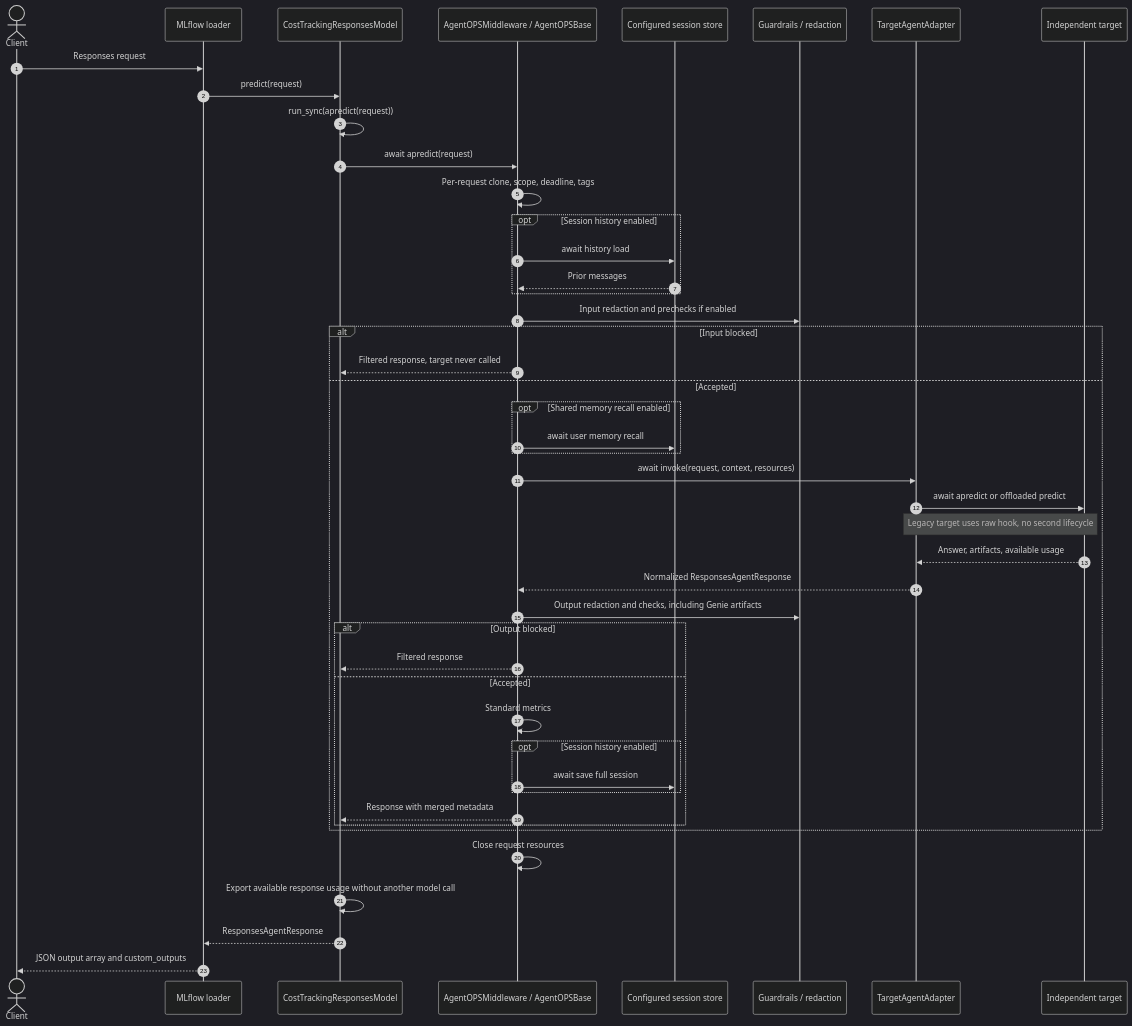
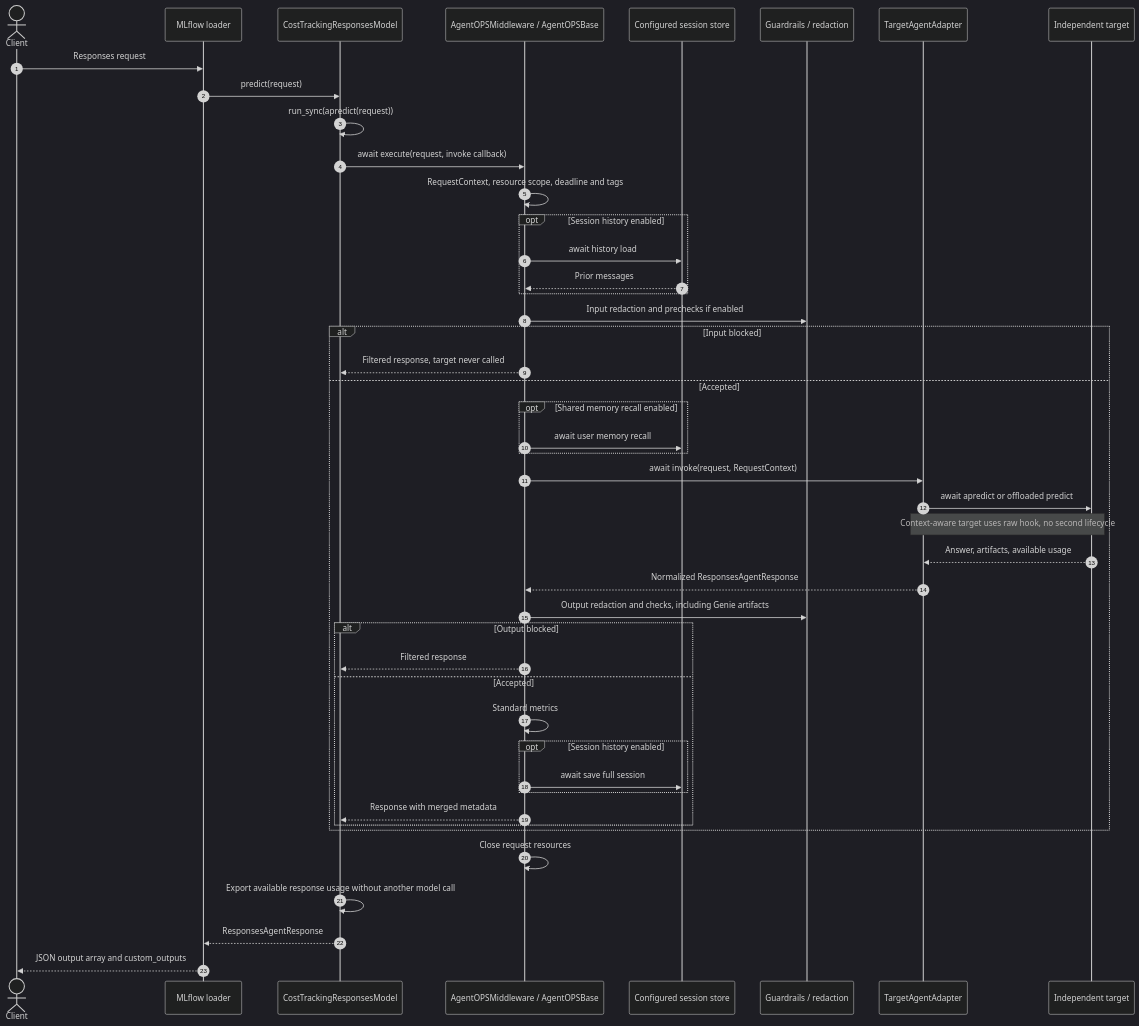
One commit to Narendra9999/Agentops-service changed the diagram in docs/development/diagrams/agentops-request-sequence.mmd. Above: the diagram before and after it, drawn with Mermaid (dark theme). The commit also changed 28 other files, not shown here.

Commit message:
Refactor inference to clone-free callbacks with explicit request context

```diff
--- a/docs/development/diagrams/agentops-request-sequence.mmd
+++ b/docs/development/diagrams/agentops-request-sequence.mmd
@@ -1,46 +1,46 @@
 sequenceDiagram
     autonumber
     actor U as Client
     participant L as MLflow loader
     participant W as CostTrackingResponsesModel
     participant B as AgentOPSMiddleware / AgentOPSBase
     participant H as Configured session store
     participant G as Guardrails / redaction
     participant A as TargetAgentAdapter
     participant T as Independent target
     U->>L: Responses request
     L->>W: predict(request)
     W->>W: run_sync(apredict(request))
-    W->>B: await apredict(request)
-    B->>B: Per-request clone, scope, deadline, tags
+    W->>B: await execute(request, invoke callback)
+    B->>B: RequestContext, resource scope, deadline and tags
     opt Session history enabled
         B->>H: await history load
         H-->>B: Prior messages
     end
     B->>G: Input redaction and prechecks if enabled
     alt Input blocked
         B-->>W: Filtered response, target never called
     else Accepted
         opt Shared memory recall enabled
             B->>H: await user memory recall
         end
-        B->>A: await invoke(request, context, resources)
+        B->>A: await invoke(request, RequestContext)
         A->>T: await apredict or offloaded predict
-        Note over A,T: Legacy target uses raw hook, no second lifecycle
+        Note over A,T: Context-aware target uses raw hook, no second lifecycle
         T-->>A: Answer, artifacts, available usage
         A-->>B: Normalized ResponsesAgentResponse
         B->>G: Output redaction and checks, including Genie artifacts
         alt Output blocked
             B-->>W: Filtered response
         else Accepted
             B->>B: Standard metrics
             opt Session history enabled
                 B->>H: await save full session
             end
             B-->>W: Response with merged metadata
         end
     end
     B->>B: Close request resources
     W->>W: Export available response usage without another model call
     W-->>L: ResponsesAgentResponse
     L-->>U: JSON output array and custom_outputs
```
